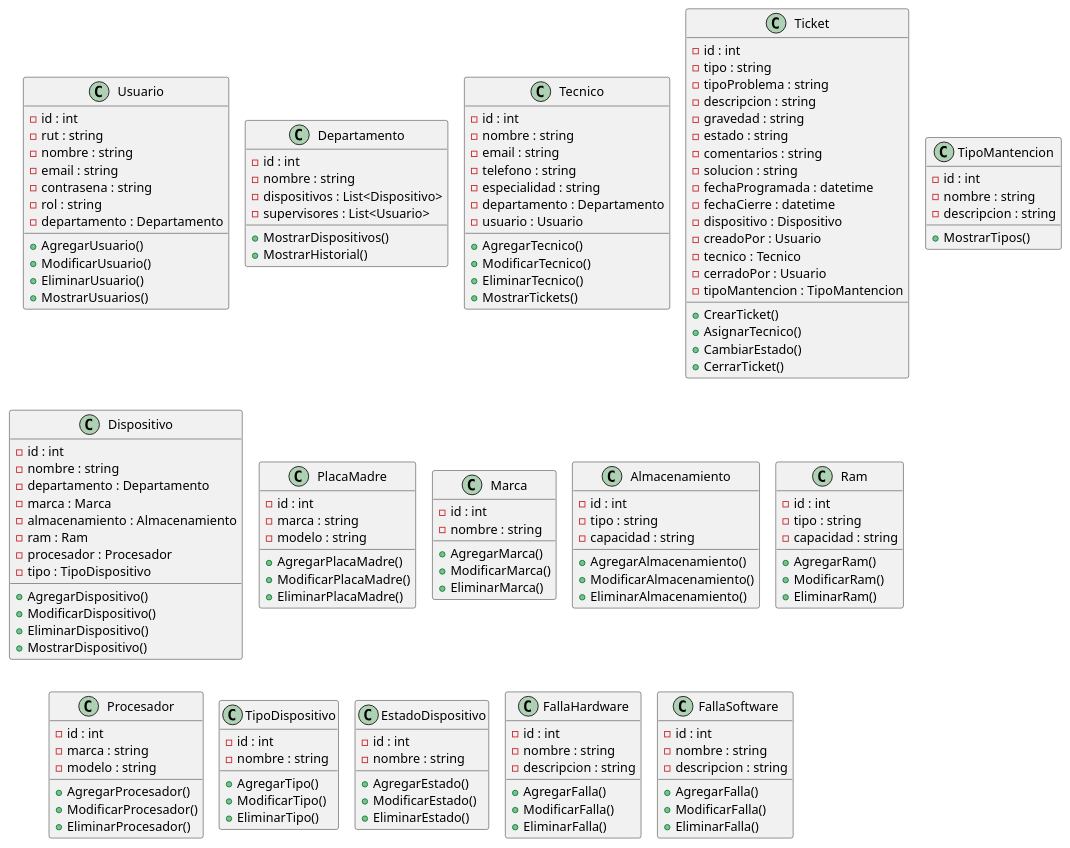
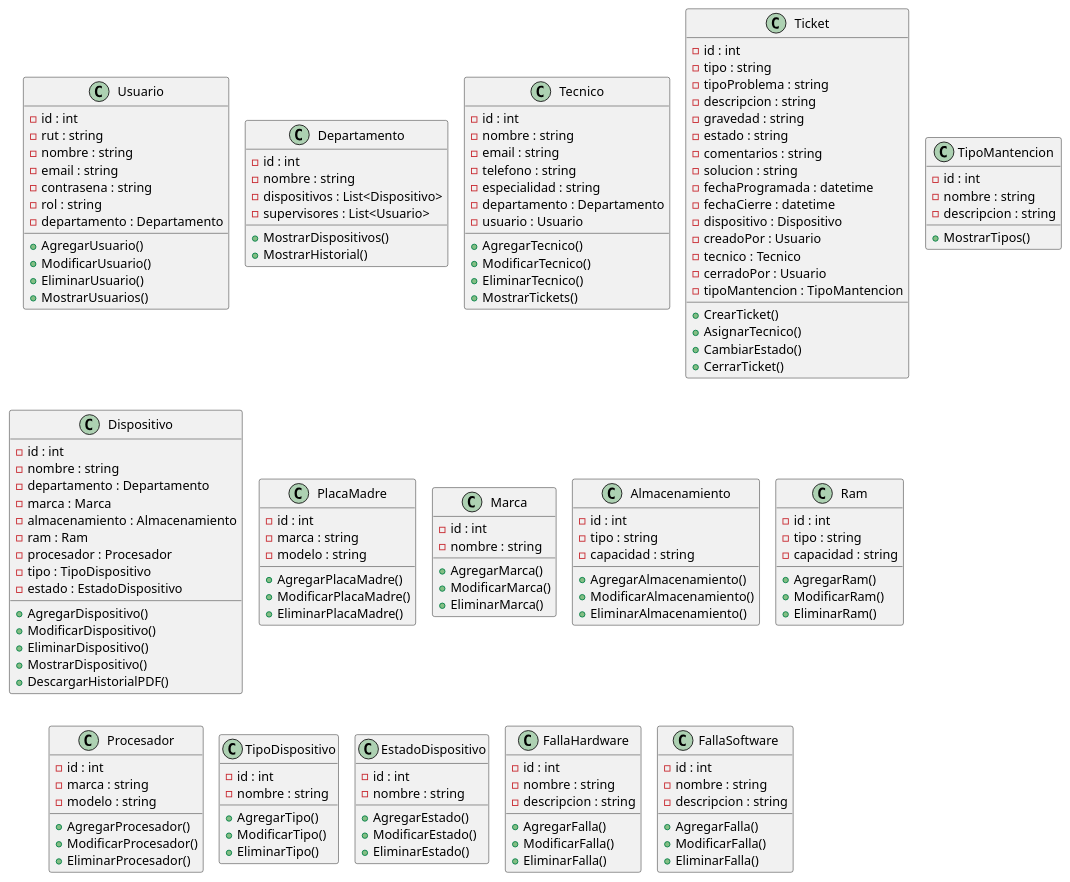
One commit to mgalvez-de/proyectobackend changed the diagram in docs/diagramas/diagrama-clases.puml. Above: the diagram before and after it, drawn with PlantUML. The commit also changed 11 other files, not shown here.

Commit message:
Historial de cada equipo en PDF y estado del equipo

```diff
--- a/docs/diagramas/diagrama-clases.puml
+++ b/docs/diagramas/diagrama-clases.puml
@@ -54,11 +54,13 @@
     - ram : Ram
     - procesador : Procesador
     - tipo : TipoDispositivo
+    - estado : EstadoDispositivo
 
     + AgregarDispositivo()
     + ModificarDispositivo()
     + EliminarDispositivo()
     + MostrarDispositivo()
+    + DescargarHistorialPDF()
 }
 
 class PlacaMadre {
```
